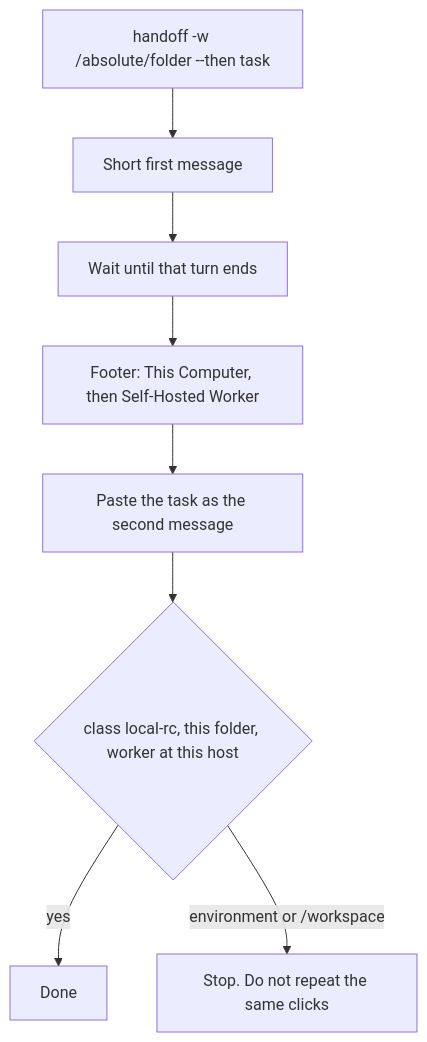
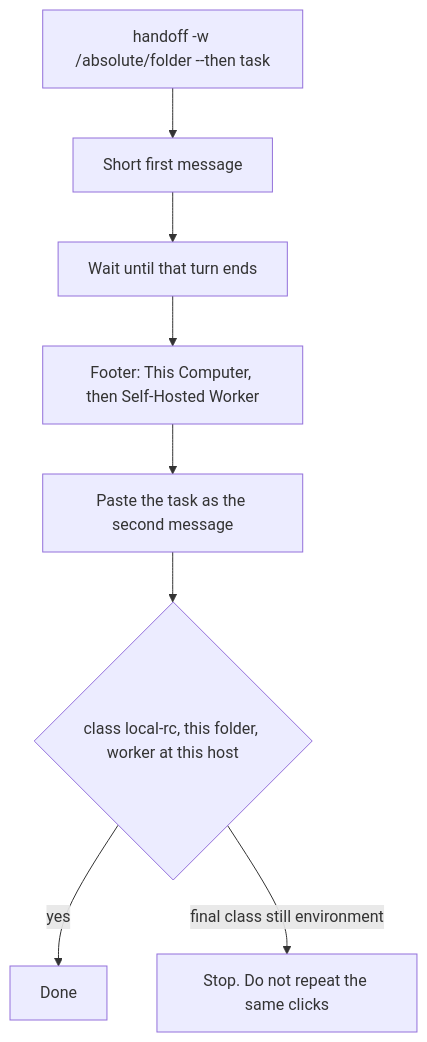
Before and after one commit to kogriv/curskill: the third of 3 diagrams in skill/SKILL.md, drawn with Mermaid. The commit also changed other lines of this file and 12 other files, not shown here.

````diff
--- a/skill/SKILL.md
+++ b/skill/SKILL.md
@@ -83,11 +83,11 @@
 ```mermaid
 flowchart TD
   start["handoff -w /absolute/folder --then task"]
   start --> ready[Short first message]
   ready --> wait[Wait until that turn ends]
   wait --> conv["Footer: This Computer, then Self-Hosted Worker"]
   conv --> task[Paste the task as the second message]
   task --> ok{"class local-rc, this folder, worker at this host"}
   ok -->|yes| done[Done]
-  ok -->|"environment or /workspace"| halt[Stop. Do not repeat the same clicks]
+  ok -->|"final class still environment"| halt[Stop. Do not repeat the same clicks]
 ```
````
